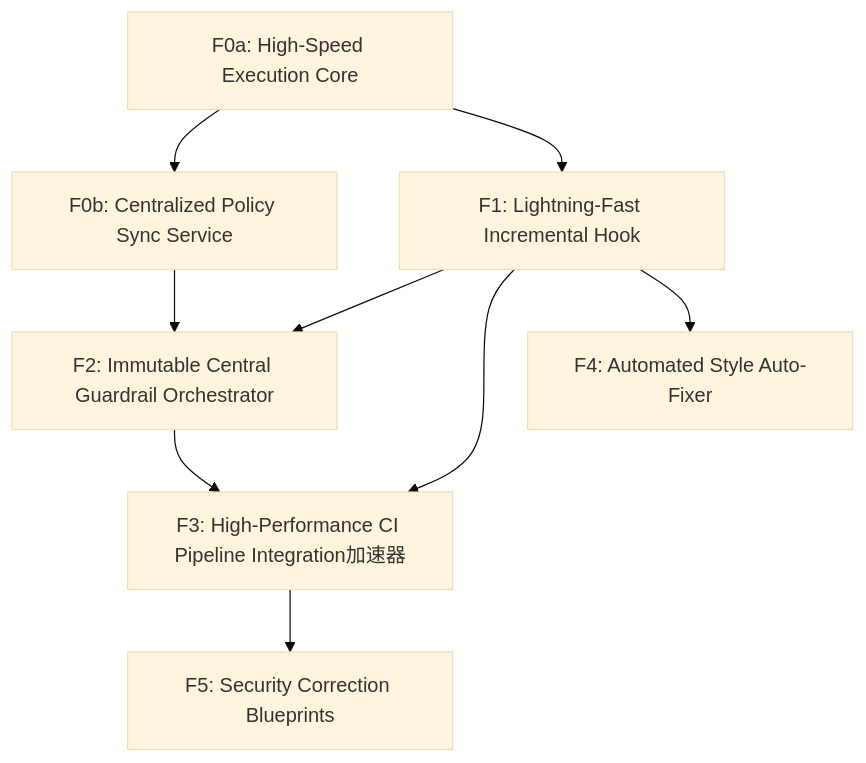
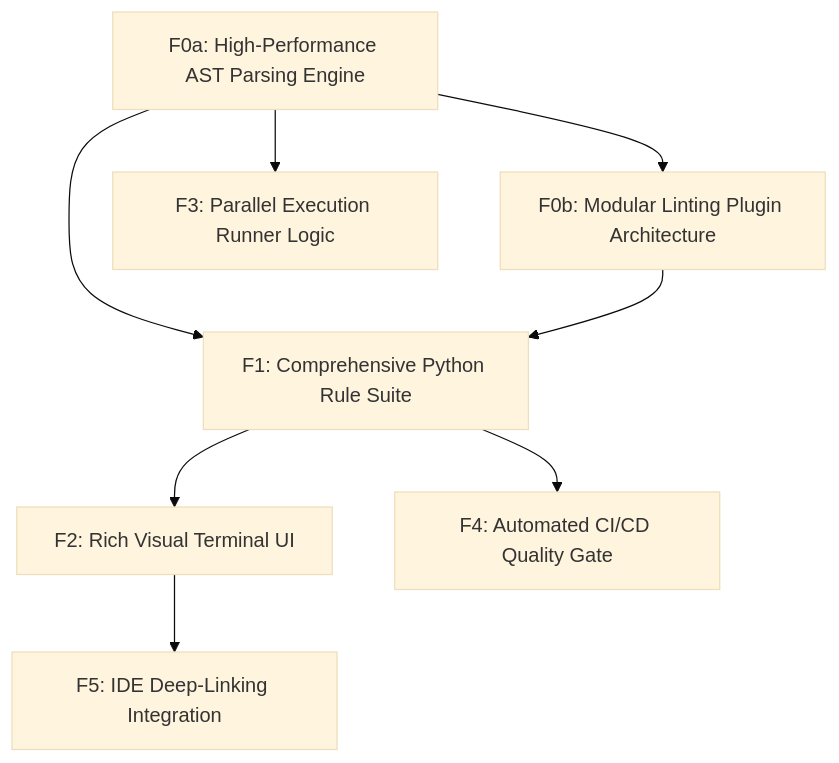
The diagram in specs/feature-map-bd65d7eb.md (davidlapsleyio/shipkode-python-linting-cli-utility), drawn with Mermaid (base theme) before and after one commit. The commit also changed other lines of this file and 6 other files, not shown here.

````diff
--- a/specs/feature-map-bd65d7eb.md
+++ b/specs/feature-map-bd65d7eb.md
@@ -40,18 +49,17 @@
 ```mermaid
 graph TD
-  F0a["F0a: High-Speed Execution Core"]
-  F0b["F0b: Centralized Policy Sync Service"]
+  F0a["F0a: High-Performance AST Parsing Engine"]
+  F0b["F0b: Modular Linting Plugin Architecture"]
   F0a --> F0b
-  F1["F1: Lightning-Fast Incremental Hook"]
+  F1["F1: Comprehensive Python Rule Suite"]
   F0a --> F1
-  F2["F2: Immutable Central Guardrail Orchestrator"]
-  F0b --> F2
+  F0b --> F1
+  F2["F2: Rich Visual Terminal UI"]
   F1 --> F2
-  F3["F3: High-Performance CI Pipeline Integration加速器"]
-  F1 --> F3
-  F2 --> F3
-  F4["F4: Automated Style Auto-Fixer"]
+  F3["F3: Parallel Execution Runner Logic"]
+  F0a --> F3
+  F4["F4: Automated CI/CD Quality Gate"]
   F1 --> F4
-  F5["F5: Security Correction Blueprints"]
-  F3 --> F5
+  F5["F5: IDE Deep-Linking Integration"]
+  F2 --> F5
 ```
````
